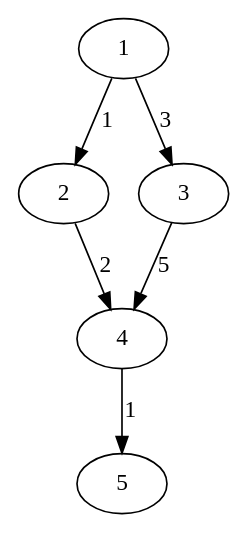
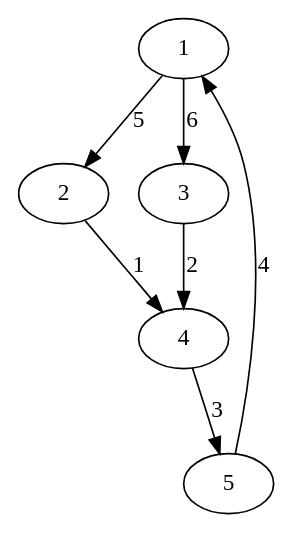
The diagram in src/dots/digraph1.dot (anemon-a/graph-algorithms), drawn with Graphviz before and after one commit. The commit also changed 8 other files, not shown here.

Commit message:
test: add test methods DepthFirstSearch, BreadthFirstSearch, GetNeighbourVertices, LoadGraphFromFile for Graph and Digraph

```diff
--- a/src/dots/digraph1.dot
+++ b/src/dots/digraph1.dot
@@ -1,7 +1,8 @@
 digraph G {
-    1 -> 2 [label="1"];
-    1 -> 3 [label="3"];
-    2 -> 4 [label="2"];
-    3 -> 4 [label="5"];
-    4 -> 5 [label="1"];
+    1 -> 2 [label="5"];
+    1 -> 3 [label="6"];
+    2 -> 4 [label="1"];
+    3 -> 4 [label="2"];
+    4 -> 5 [label="3"];
+    5 -> 1 [label="4"];
 }
```
